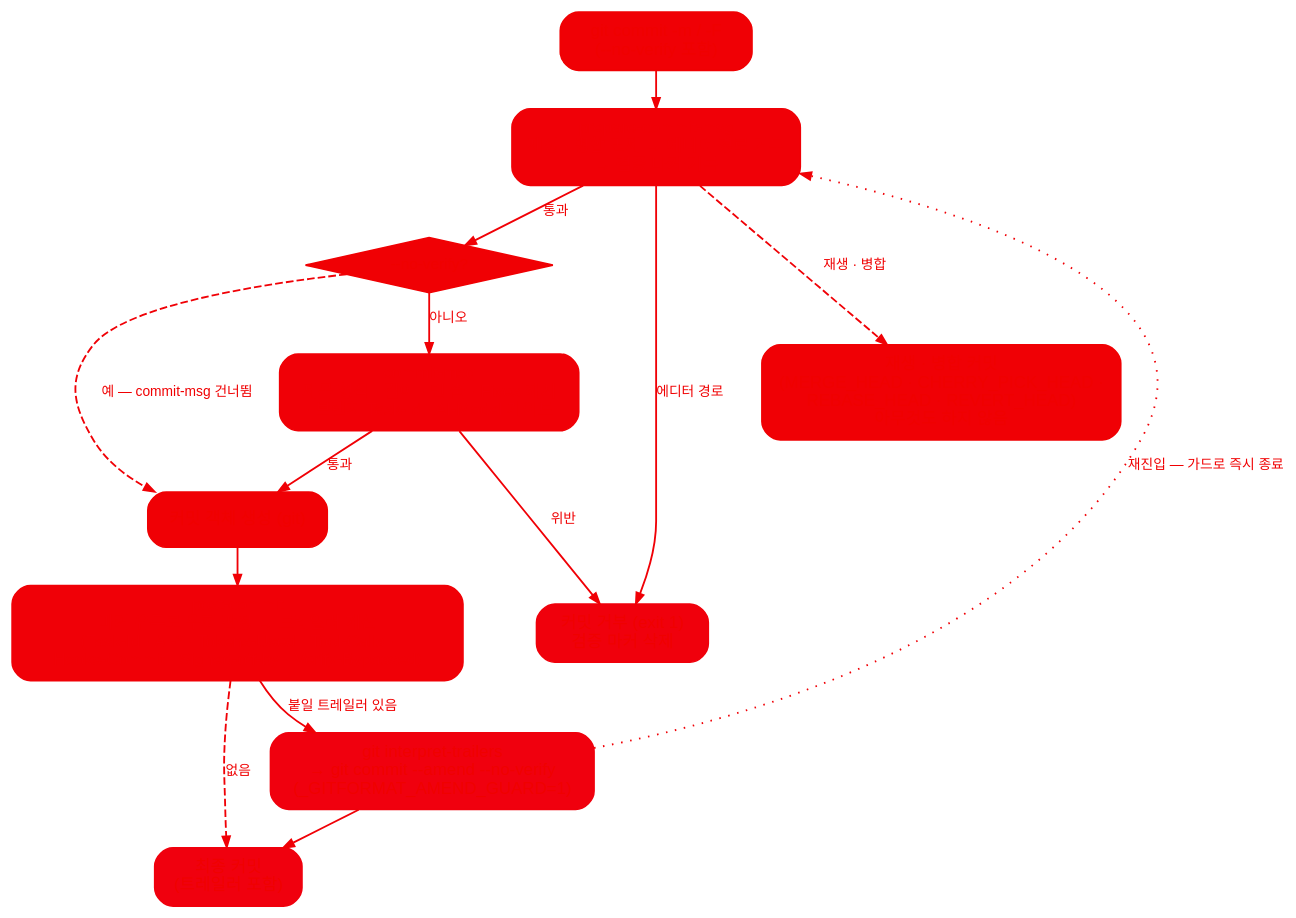
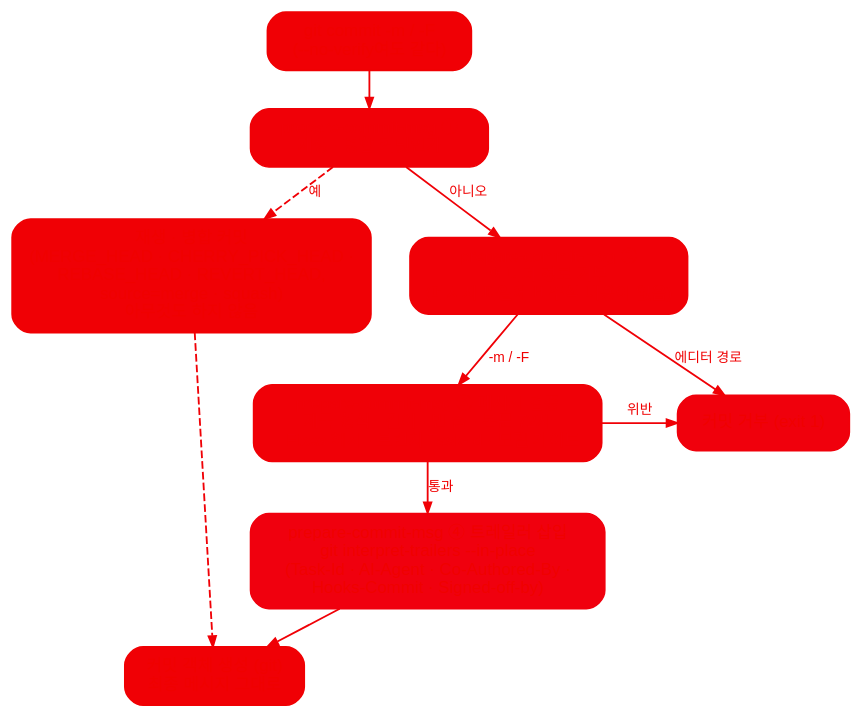
The diagram in design/diagrams/01-commit-flow.dot (coralstay/coding-agent-git-commit-tool), drawn with Graphviz before and after one commit. The commit also changed 15 other files, not shown here.

```diff
--- a/design/diagrams/01-commit-flow.dot
+++ b/design/diagrams/01-commit-flow.dot
@@ -1,48 +1,42 @@
 // 커밋 한 번의 훅 생애주기 (3.01). 색은 센티넬 hex — build-diagrams.py가 CSS 변수로 치환한다.
 //   훅 = accent, 거부 = review(보라), 기록 = verify(초록), git 자체 단계 = surface-2
+// 훅은 prepare-commit-msg 하나다. 토큰 · 툴콜 측정은 범위 밖이다(decision-31).
 digraph commit_flow {
   bgcolor="transparent"; rankdir=TB; nodesep=0.35; ranksep=0.32;
   node [shape=box, style="filled,rounded", fillcolor="#f00004", color="#f00003",
         fontcolor="#f00001", fontname="Helvetica", fontsize=11, margin="0.18,0.10", penwidth=1.1];
   edge [color="#f00006", fontcolor="#f00002", fontname="Helvetica", fontsize=9,
         arrowsize=0.7, penwidth=1.2];
 
-  start [label="git commit -m / -F\n(--no-verify 포함)", fillcolor="#f00005"];
+  start [label="git commit -m / -F\n(--no-verify여도 같다)", fillcolor="#f00005"];
 
-  pcm [label="prepare-commit-msg\n재생 · 병합 면제 → 에디터 경로 거부\n→ 검증 마커 기록",
-       fillcolor="#f00007", color="#f00006", fontcolor="#f00008"];
-  replay [label="재생 · 병합 커밋\n(MERGE_HEAD · CHERRY_PICK_HEAD ·\nREBASE_HEAD · REVERT_HEAD)\n아무것도 하지 않음", fillcolor="#f00005"];
+  exempt [label="prepare-commit-msg ①\n재생 · 병합 커밋인가",
+          fillcolor="#f00007", color="#f00006", fontcolor="#f00008"];
+  replay [label="재생 · 병합 커밋\n(MERGE_HEAD · CHERRY_PICK_HEAD ·\nREBASE_HEAD · REVERT_HEAD,\nsource=merge · squash)\n아무것도 하지 않음", fillcolor="#f00005"];
 
-  bypass [shape=diamond, style="filled", label="--no-verify?", fillcolor="#f00004", fontsize=10];
+  editor [label="prepare-commit-msg ②\n에디터 경로 거부\n(메시지 파일에 비주석 내용이 없음)",
+          fillcolor="#f00007", color="#f00006", fontcolor="#f00008"];
 
-  cm [label="commit-msg\n제목 형식 · 길이 · 빈 줄 · Fixes 해시\n· 브랜치 Task-Id · AI-Model 게이트",
-      fillcolor="#f00007", color="#f00006", fontcolor="#f00008"];
+  validate [label="prepare-commit-msg ③ 메시지 검증\n제목 형식 · 길이 · 빈 줄 · 본문 72자\n· Fixes 해시 · 브랜치 Task-Id · 모델 게이트",
+            fillcolor="#f00007", color="#f00006", fontcolor="#f00008"];
 
-  reject [label="커밋 거부 (exit 1)\n검증 마커 삭제", fillcolor="#f0000c", color="#f0000b"];
+  reject [label="커밋 거부 (exit 1)", fillcolor="#f0000c", color="#f0000b"];
 
-  create [label="커밋 객체 생성 (git)", fillcolor="#f00005"];
+  trailers [label="prepare-commit-msg ④ 트레일러 삽입\ngit interpret-trailers --in-place\n(Task-Id · AI-Agent · Co-Authored-By ·\nHooks-Commit · Signed-off-by)",
+            fillcolor="#f0000e", color="#f0000d"];
 
-  pc [label="post-commit\n마커 유무로 우회 판정 → 트레일러 계산\n(Task-Id · AI-* · Tokens-Used · Tool-Calls ·\nHooks-Commit · Signed-off-by · Verify-Bypassed)",
-      fillcolor="#f00007", color="#f00006", fontcolor="#f00008"];
+  create [label="커밋 객체 생성 (git)\n최종 메시지 그대로", fillcolor="#f00005"];
 
-  amend [label="git interpret-trailers\n→ git commit --amend --no-verify\n(_GITFORMAT_AMEND_GUARD=1)", fillcolor="#f0000e", color="#f0000d"];
+  start -> exempt;
+  exempt -> replay [label="예", style=dashed];
+  exempt -> editor [label="아니오"];
+  editor -> reject [label="에디터 경로"];
+  editor -> validate [label="-m / -F"];
+  validate -> reject [label="위반"];
+  validate -> trailers [label="통과"];
+  trailers -> create;
+  replay -> create [style=dashed];
 
-  done [label="최종 커밋\n(트레일러 포함)", fillcolor="#f0000e", color="#f0000d"];
-
-  start -> pcm;
-  pcm -> replay [label="재생 · 병합", style=dashed];
-  pcm -> reject [label="에디터 경로"];
-  pcm -> bypass [label="통과"];
-  bypass -> cm [label="아니오"];
-  bypass -> create [label="예 — commit-msg 건너뜀", style=dashed];
-  cm -> reject [label="위반"];
-  cm -> create [label="통과"];
-  create -> pc;
-  pc -> amend [label="붙일 트레일러 있음"];
-  amend -> done;
-  amend -> pcm [label="재진입 — 가드로 즉시 종료", style=dotted, constraint=false];
-  pc -> done [label="없음", style=dashed];
-
-  { rank=same; cm; replay; }
-  { rank=same; pc; reject; }
+  { rank=same; editor; replay; }
+  { rank=same; validate; reject; }
 }
```
